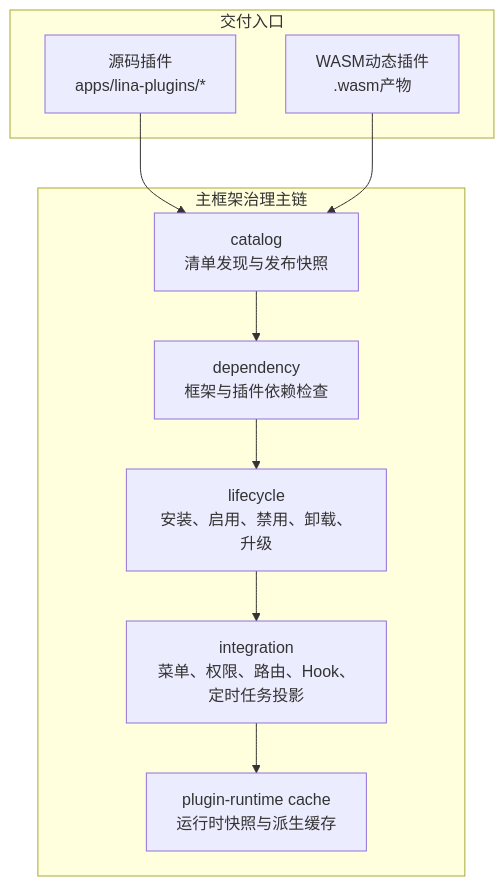
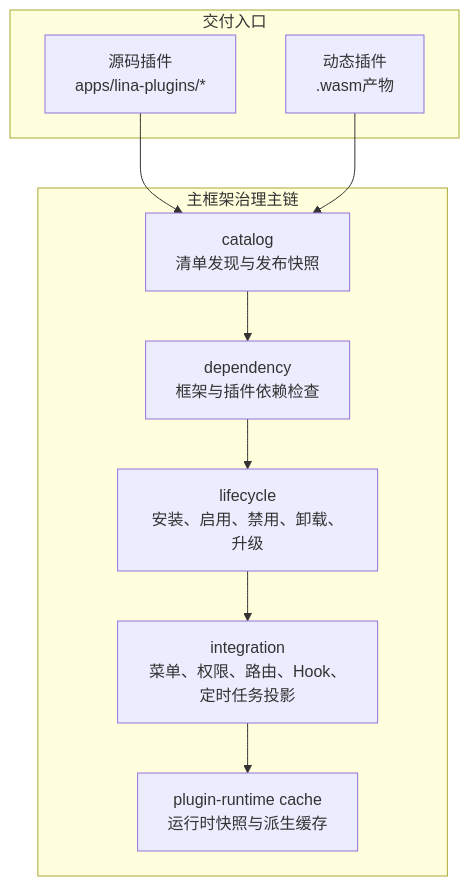
Before and after one commit to linaproai/linapro-site: the first of 2 diagrams in apps/lina-site/docs/docs/2000-components/5000-plugin-system/5000-plugin-system.md, drawn with Mermaid. The commit also changed other lines of this file and 11 other files, not shown here.

````diff
--- a/apps/lina-site/docs/docs/2000-components/5000-plugin-system/5000-plugin-system.md
+++ b/apps/lina-site/docs/docs/2000-components/5000-plugin-system/5000-plugin-system.md
@@ -69,22 +58,22 @@
 ```mermaid
 flowchart TD
     subgraph Delivery["交付入口"]
         Source["源码插件<br/>apps/lina-plugins/*"]
-        Dynamic["WASM动态插件<br/>.wasm产物"]
+        Dynamic["动态插件<br/>.wasm产物"]
     end
 
     subgraph Pipeline["主框架治理主链"]
         Catalog["catalog<br/>清单发现与发布快照"]
         Dependency["dependency<br/>框架与插件依赖检查"]
         Lifecycle["lifecycle<br/>安装、启用、禁用、卸载、升级"]
         Integration["integration<br/>菜单、权限、路由、Hook、定时任务投影"]
         Cache["plugin-runtime cache<br/>运行时快照与派生缓存"]
     end
 
     Source --> Catalog
     Dynamic --> Catalog
     Catalog --> Dependency
     Dependency --> Lifecycle
     Lifecycle --> Integration
     Integration --> Cache
 ```
````
